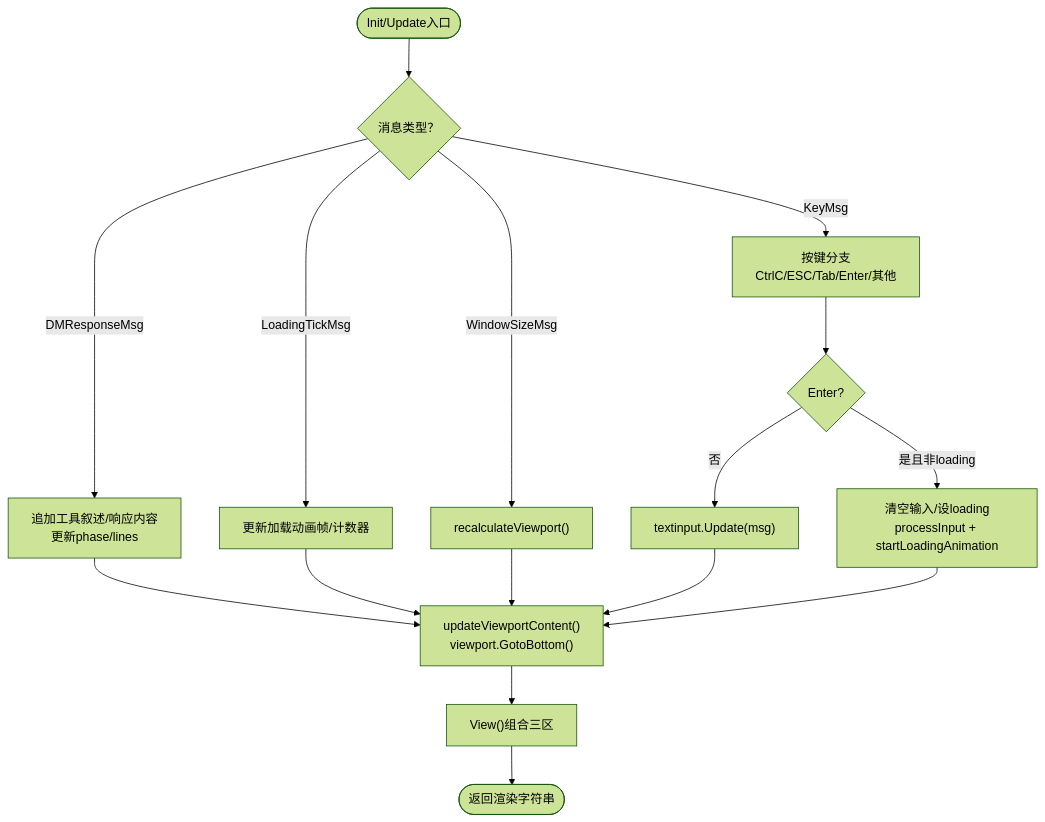
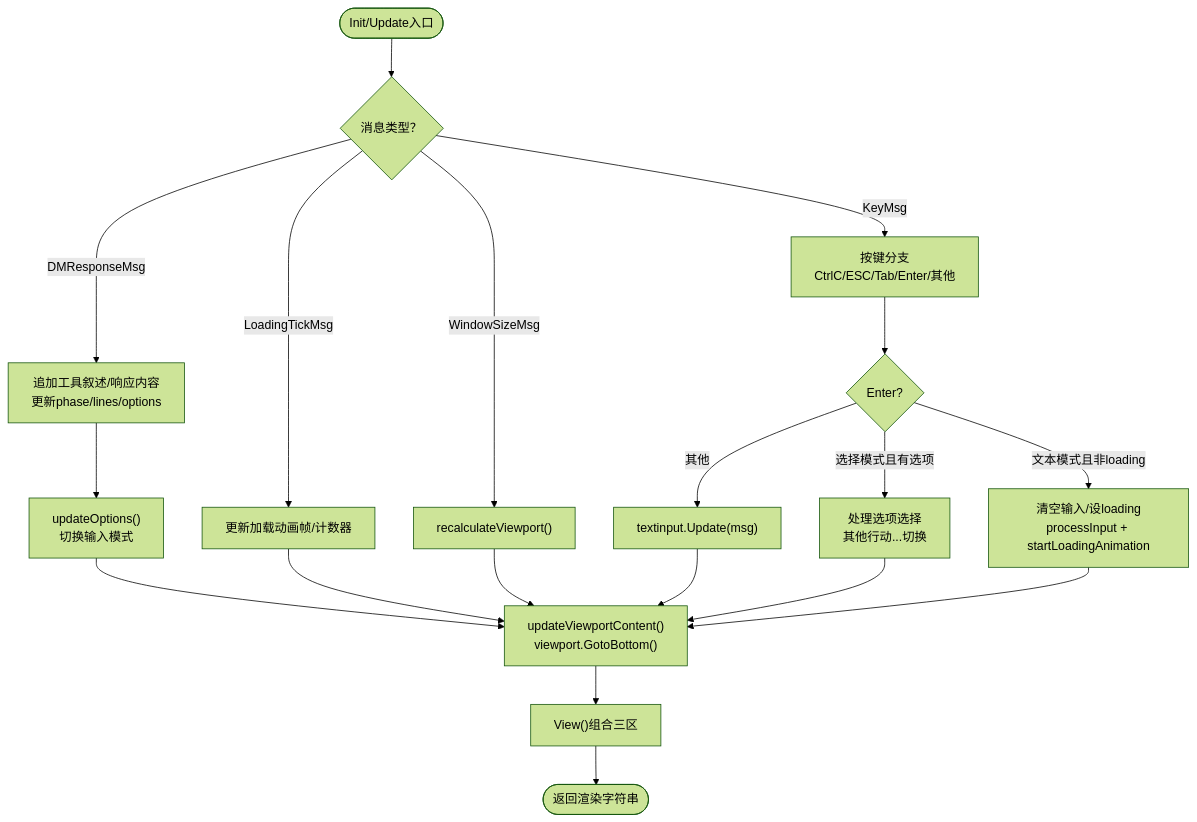
One commit to zwh8800/cdnd changed the third of 6 diagrams in .qoder/repowiki/zh/content/用户界面/用户界面.md. Above: the diagram before and after it, drawn with Mermaid (forest theme). The commit also changed other lines of this file and 5 other files, not shown here.

````diff
--- a/.qoder/repowiki/zh/content/用户界面/用户界面.md
+++ b/.qoder/repowiki/zh/content/用户界面/用户界面.md
@@ -161,18 +171,21 @@
 ```mermaid
 flowchart TD
 Start(["Init/Update入口"]) --> CheckMsg{"消息类型？"}
 CheckMsg --> |KeyMsg| KeySwitch["按键分支<br/>CtrlC/ESC/Tab/Enter/其他"]
 CheckMsg --> |WindowSizeMsg| Recalc["recalculateViewport()"]
-CheckMsg --> |DMResponseMsg| UpdateLines["追加工具叙述/响应内容<br/>更新phase/lines"]
+CheckMsg --> |DMResponseMsg| UpdateLines["追加工具叙述/响应内容<br/>更新phase/lines/options"]
 CheckMsg --> |LoadingTickMsg| TickAnim["更新加载动画帧/计数器"]
 KeySwitch --> EnterBranch{"Enter?"}
-EnterBranch --> |是且非loading| Submit["清空输入/设loading<br/>processInput + startLoadingAnimation"]
-EnterBranch --> |否| TextInput["textinput.Update(msg)"]
-UpdateLines --> Render["updateViewportContent()<br/>viewport.GotoBottom()"]
+EnterBranch --> |选择模式且有选项| SelectEnter["处理选项选择<br/>其他行动...切换"]
+EnterBranch --> |文本模式且非loading| Submit["清空输入/设loading<br/>processInput + startLoadingAnimation"]
+EnterBranch --> |其他| TextInput["textinput.Update(msg)"]
+UpdateLines --> UpdateOptions["updateOptions()<br/>切换输入模式"]
+UpdateOptions --> Render["updateViewportContent()<br/>viewport.GotoBottom()"]
 TickAnim --> Render
 Recalc --> Render
 TextInput --> Render
+SelectEnter --> Render
 Submit --> Render
 Render --> ViewOut["View()组合三区"]
 ViewOut --> End(["返回渲染字符串"])
 ```
````
